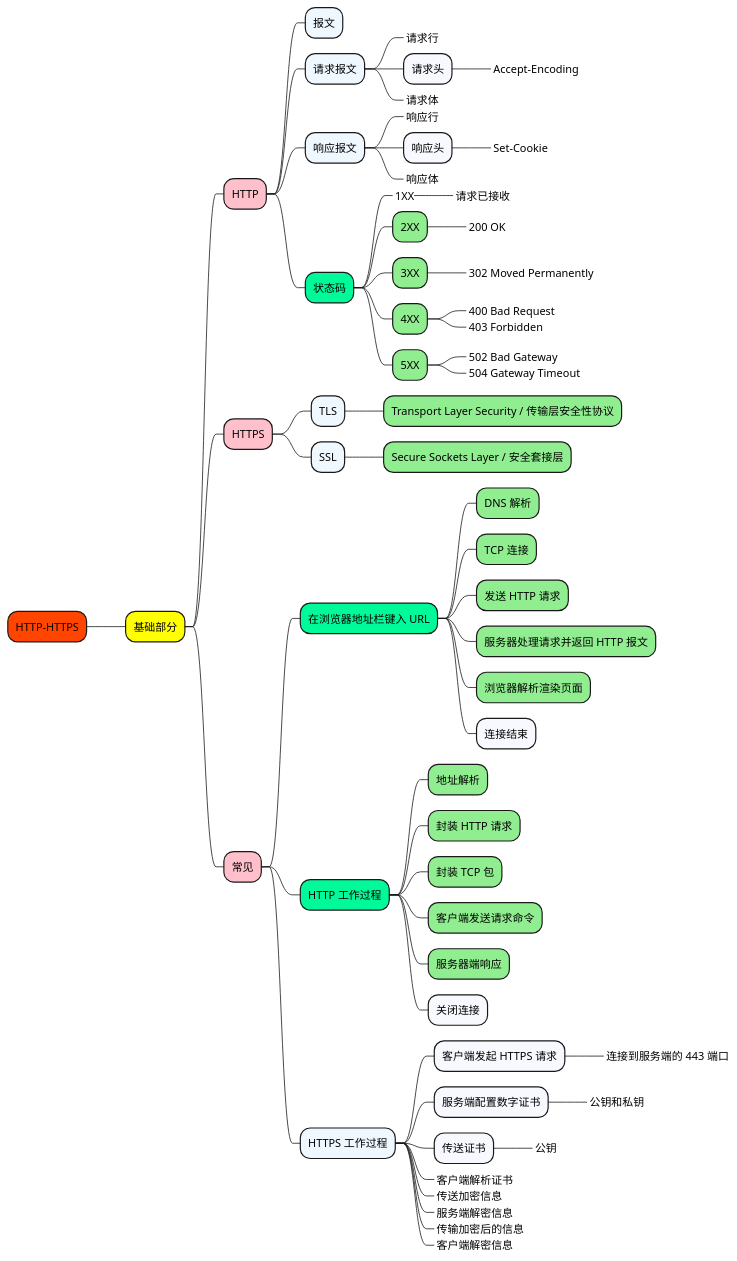
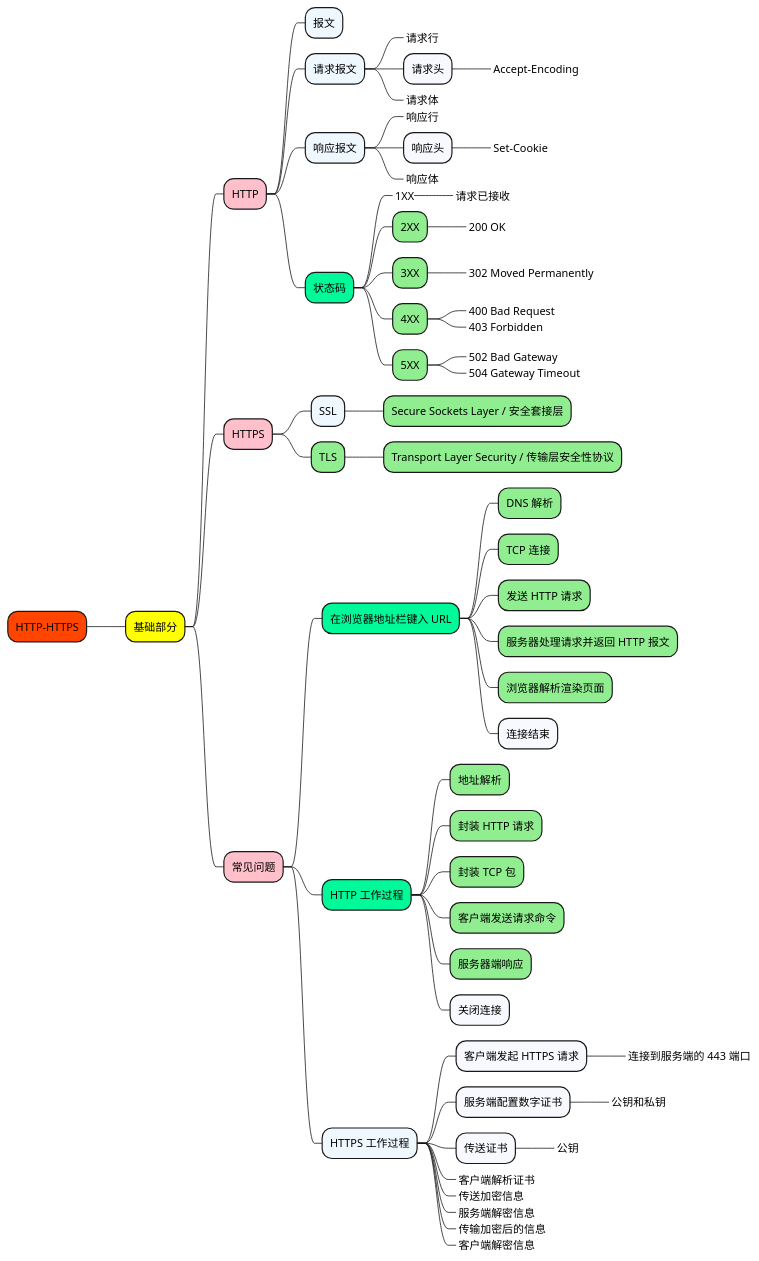
One commit to doveg/self-cultivation-of-a-software-engineer changed the diagram in 1_map/web/HTTP-HTTPS.puml. Above: the diagram before and after it, drawn with PlantUML. The commit also changed 16 other files, not shown here.

```diff
--- a/1_map/web/HTTP-HTTPS.puml
+++ b/1_map/web/HTTP-HTTPS.puml
@@ -1,77 +1,77 @@
 @startmindmap
 
 +[#OrangeRed] HTTP-HTTPS
 
 ++[#yellow] 基础部分
 
 +++[#Pink] HTTP
 
 ++++[#AliceBlue] 报文
 
 ++++[#AliceBlue] 请求报文
 +++++[#GhostWhite]_ 请求行
 +++++[#GhostWhite] 请求头
 ++++++[#Aquamarine]_ Accept-Encoding
 +++++[#GhostWhite]_ 请求体
 
 ++++[#AliceBlue] 响应报文
 +++++[#GhostWhite]_ 响应行
 +++++[#GhostWhite] 响应头
 ++++++[#Aquamarine]_ Set-Cookie
 +++++[#GhostWhite]_ 响应体
 
 ++++[#MediumSpringGreen] 状态码
 
 +++++[#MediumSpringGreen]_ 1XX
 ++++++[#GhostWhite]_ 请求已接收
 +++++[#LightGreen] 2XX
 ++++++[#GhostWhite]_ 200 OK
 +++++[#LightGreen] 3XX
 ++++++[#GhostWhite]_ 302 Moved Permanently
 +++++[#LightGreen] 4XX
 ++++++[#GhostWhite]_ 400 Bad Request
 ++++++[#GhostWhite]_ 403 Forbidden
 +++++[#LightGreen] 5XX
 ++++++[#GhostWhite]_ 502 Bad Gateway
 ++++++[#GhostWhite]_ 504 Gateway Timeout
 
 +++[#Pink] HTTPS
-++++[#AliceBlue] TLS
-+++++[#LightGreen] Transport Layer Security / 传输层安全性协议
 ++++[#AliceBlue] SSL
 +++++[#LightGreen] Secure Sockets Layer / 安全套接层
+++++[#LightGreen] TLS
++++++[#LightGreen] Transport Layer Security / 传输层安全性协议
 
-+++[#Pink] 常见
++++[#Pink] 常见问题
 
 ++++[#MediumSpringGreen] 在浏览器地址栏键入 URL
 +++++[#LightGreen] DNS 解析
 +++++[#LightGreen] TCP 连接
 +++++[#LightGreen] 发送 HTTP 请求
 +++++[#LightGreen] 服务器处理请求并返回 HTTP 报文
 +++++[#LightGreen] 浏览器解析渲染页面
 +++++[#GhostWhite] 连接结束
 
 ++++[#MediumSpringGreen] HTTP 工作过程
 +++++[#LightGreen] 地址解析
 +++++[#LightGreen] 封装 HTTP 请求
 +++++[#LightGreen] 封装 TCP 包
 +++++[#LightGreen] 客户端发送请求命令
 +++++[#LightGreen] 服务器端响应
 +++++[#GhostWhite] 关闭连接
 
 ++++[#AliceBlue] HTTPS 工作过程
 +++++[#GhostWhite] 客户端发起 HTTPS 请求
 ++++++[#GhostWhite]_ 连接到服务端的 443 端口
 +++++[#GhostWhite] 服务端配置数字证书
 ++++++[#GhostWhite]_ 公钥和私钥
 +++++[#GhostWhite] 传送证书
 ++++++[#GhostWhite]_ 公钥
 +++++[#GhostWhite]_ 客户端解析证书
 +++++[#GhostWhite]_ 传送加密信息
 +++++[#GhostWhite]_ 服务端解密信息
 +++++[#GhostWhite]_ 传输加密后的信息
 +++++[#GhostWhite]_ 客户端解密信息
 
 
 
 @endmindmap
```
